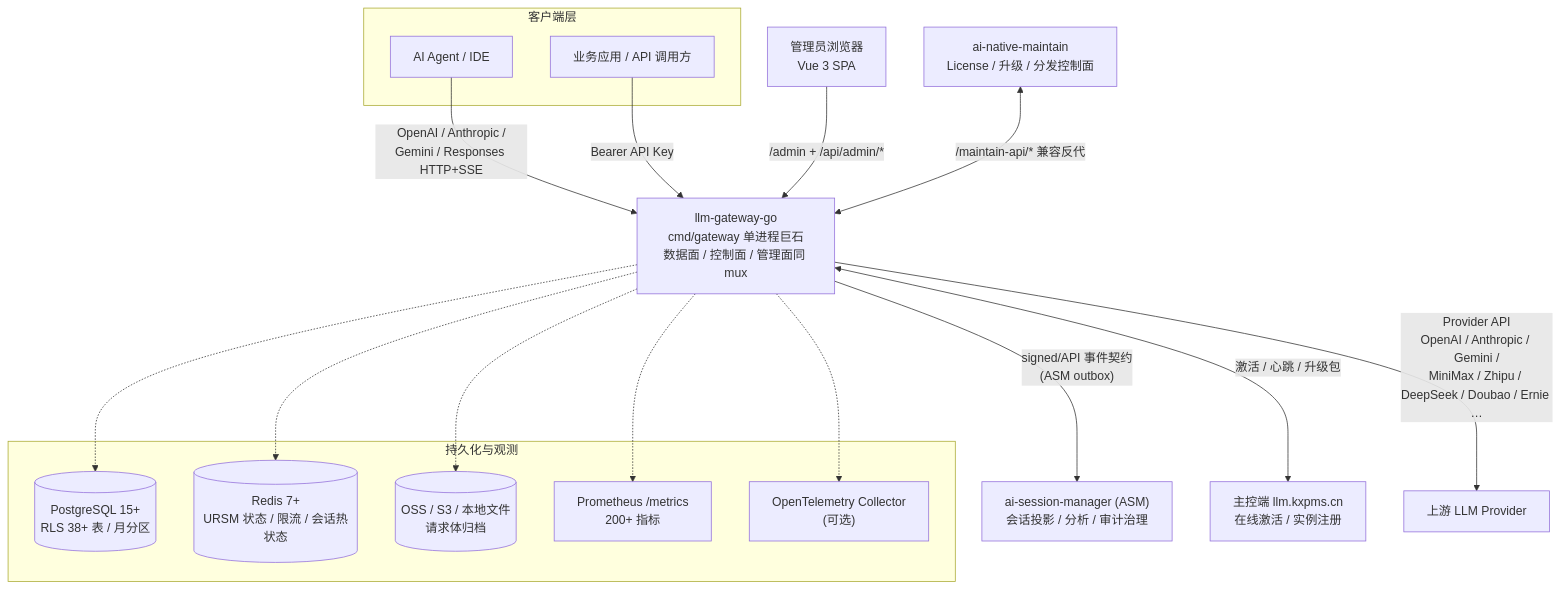
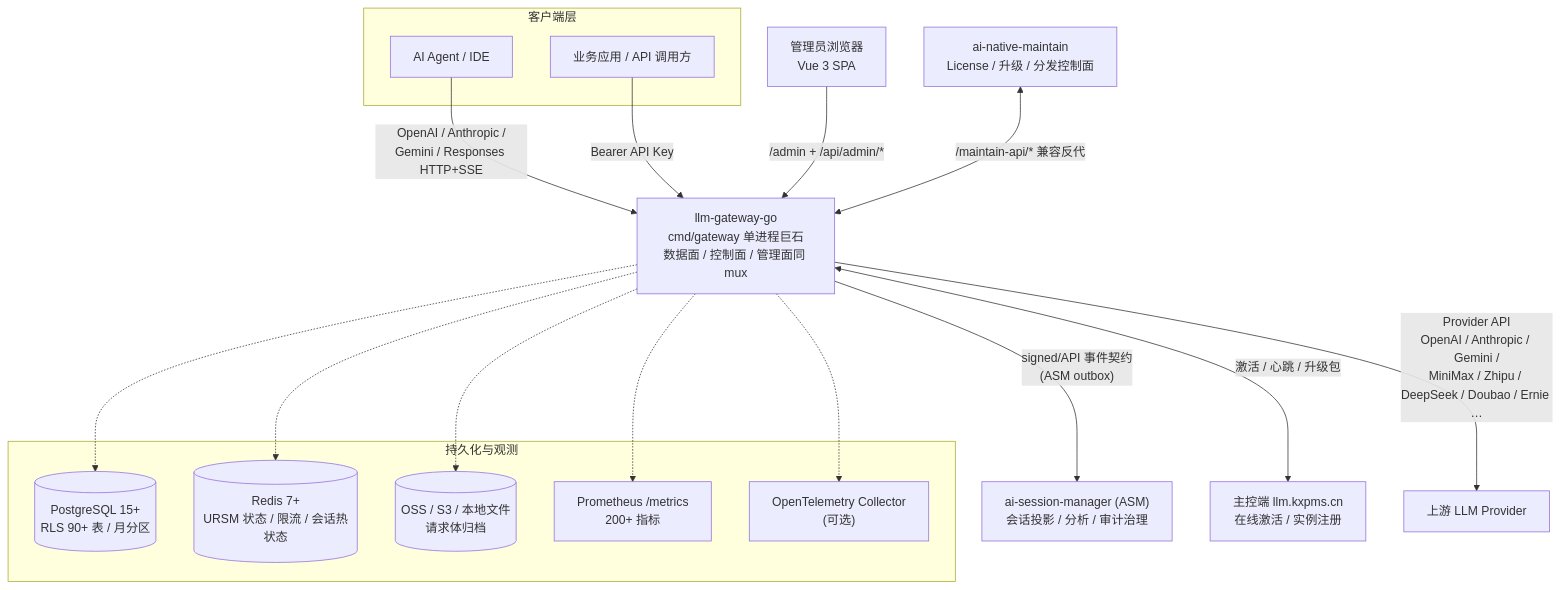
The first of 9 diagrams in docs/architecture-diagrams.md (halfking/ai-native-gateway-core), drawn with Mermaid before and after one commit. The commit also changed other lines of this file and 3638 other files, not shown here.

````diff
--- a/docs/architecture-diagrams.md
+++ b/docs/architecture-diagrams.md
@@ -12,35 +12,35 @@
 ```mermaid
 graph TB
     subgraph clients["客户端层"]
         AGENT["AI Agent / IDE"]
         APP["业务应用 / API 调用方"]
     end
     ADMIN["管理员浏览器<br/>Vue 3 SPA"]
     MAINTAIN["ai-native-maintain<br/>License / 升级 / 分发控制面"]
     ASM["ai-session-manager (ASM)<br/>会话投影 / 分析 / 审计治理"]
     MASTER["主控端 llm.kxpms.cn<br/>在线激活 / 实例注册"]
 
     AGENT -->|"OpenAI / Anthropic /<br/>Gemini / Responses HTTP+SSE"| GW
     APP -->|"Bearer API Key"| GW
     ADMIN -->|"/admin + /api/admin/*"| GW
     MAINTAIN <-->|"/maintain-api/* 兼容反代"| GW
 
     GW["llm-gateway-go<br/>cmd/gateway 单进程巨石<br/>数据面 / 控制面 / 管理面同 mux"]
 
     GW -->|"Provider API<br/>OpenAI / Anthropic / Gemini /<br/>MiniMax / Zhipu / DeepSeek / Doubao / Ernie …"| PROVIDERS["上游 LLM Provider"]
     GW -->|"signed/API 事件契约<br/>(ASM outbox)"| ASM
     GW <-->|"激活 / 心跳 / 升级包"| MASTER
 
     subgraph storage["持久化与观测"]
-        PG[("PostgreSQL 15+<br/>RLS 38+ 表 / 月分区")]
+        PG[("PostgreSQL 15+<br/>RLS 90+ 表 / 月分区")]
         REDIS[("Redis 7+<br/>URSM 状态 / 限流 / 会话热状态")]
         OSS[("OSS / S3 / 本地文件<br/>请求体归档")]
         PROM["Prometheus /metrics<br/>200+ 指标"]
         OTEL["OpenTelemetry Collector<br/>(可选)"]
     end
     GW -.-> PG
     GW -.-> REDIS
     GW -.-> OSS
     GW -.-> PROM
     GW -.-> OTEL
 ```
````
